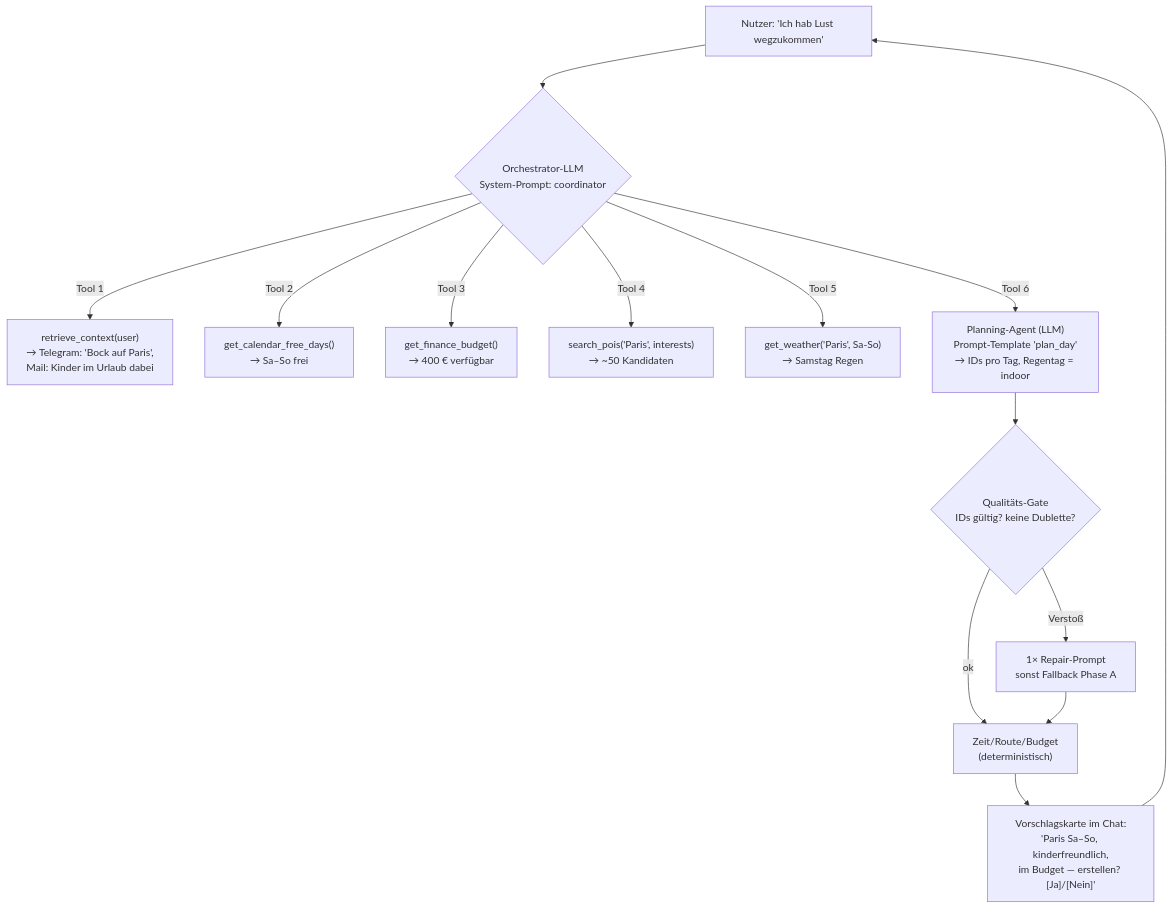
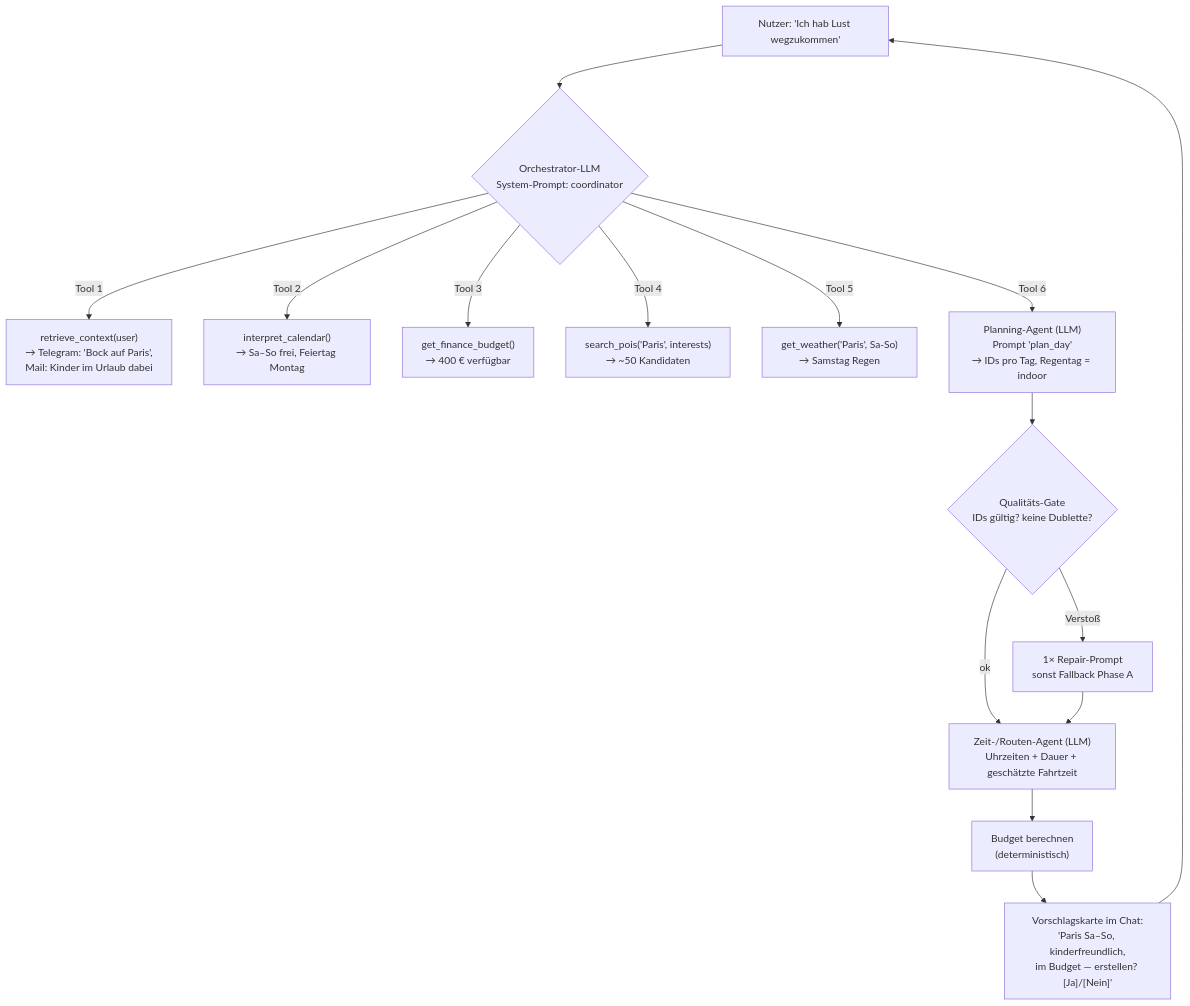
Before and after one commit to 0611thang/Reiseagent_USW: the diagram in UMBAU_VORSCHLAG.md, drawn with Mermaid. The commit also changed other lines of this file and 45 other files, not shown here.

````diff
--- a/UMBAU_VORSCHLAG.md
+++ b/UMBAU_VORSCHLAG.md
@@ -274,16 +305,17 @@
 ```mermaid
 flowchart TD
     U["Nutzer: 'Ich hab Lust wegzukommen'"] --> O{Orchestrator-LLM<br/>System-Prompt: coordinator}
     O -->|Tool 1| M["retrieve_context(user)<br/>→ Telegram: 'Bock auf Paris',<br/>Mail: Kinder im Urlaub dabei"]
-    O -->|Tool 2| C["get_calendar_free_days()<br/>→ Sa–So frei"]
+    O -->|Tool 2| C["interpret_calendar()<br/>→ Sa–So frei, Feiertag Montag"]
     O -->|Tool 3| F["get_finance_budget()<br/>→ 400 € verfügbar"]
     O -->|Tool 4| P["search_pois('Paris', interests)<br/>→ ~50 Kandidaten"]
     O -->|Tool 5| W["get_weather('Paris', Sa-So)<br/>→ Samstag Regen"]
-    O -->|Tool 6| PL["Planning-Agent (LLM)<br/>Prompt-Template 'plan_day'<br/>→ IDs pro Tag, Regentag = indoor"]
+    O -->|Tool 6| PL["Planning-Agent (LLM)<br/>Prompt 'plan_day'<br/>→ IDs pro Tag, Regentag = indoor"]
     PL --> QG{Qualitäts-Gate<br/>IDs gültig? keine Dublette?}
-    QG -->|ok| CALC["Zeit/Route/Budget<br/>(deterministisch)"]
+    QG -->|ok| ZR["Zeit-/Routen-Agent (LLM)<br/>Uhrzeiten + Dauer + geschätzte Fahrtzeit"]
     QG -->|Verstoß| RP["1× Repair-Prompt<br/>sonst Fallback Phase A"]
-    RP --> CALC
-    CALC --> PR["Vorschlagskarte im Chat:<br/>'Paris Sa–So, kinderfreundlich,<br/>im Budget — erstellen? [Ja]/[Nein]'"]
+    RP --> ZR
+    ZR --> B["Budget berechnen<br/>(deterministisch)"]
+    B --> PR["Vorschlagskarte im Chat:<br/>'Paris Sa–So, kinderfreundlich,<br/>im Budget — erstellen? [Ja]/[Nein]'"]
     PR --> U
 ```
````
